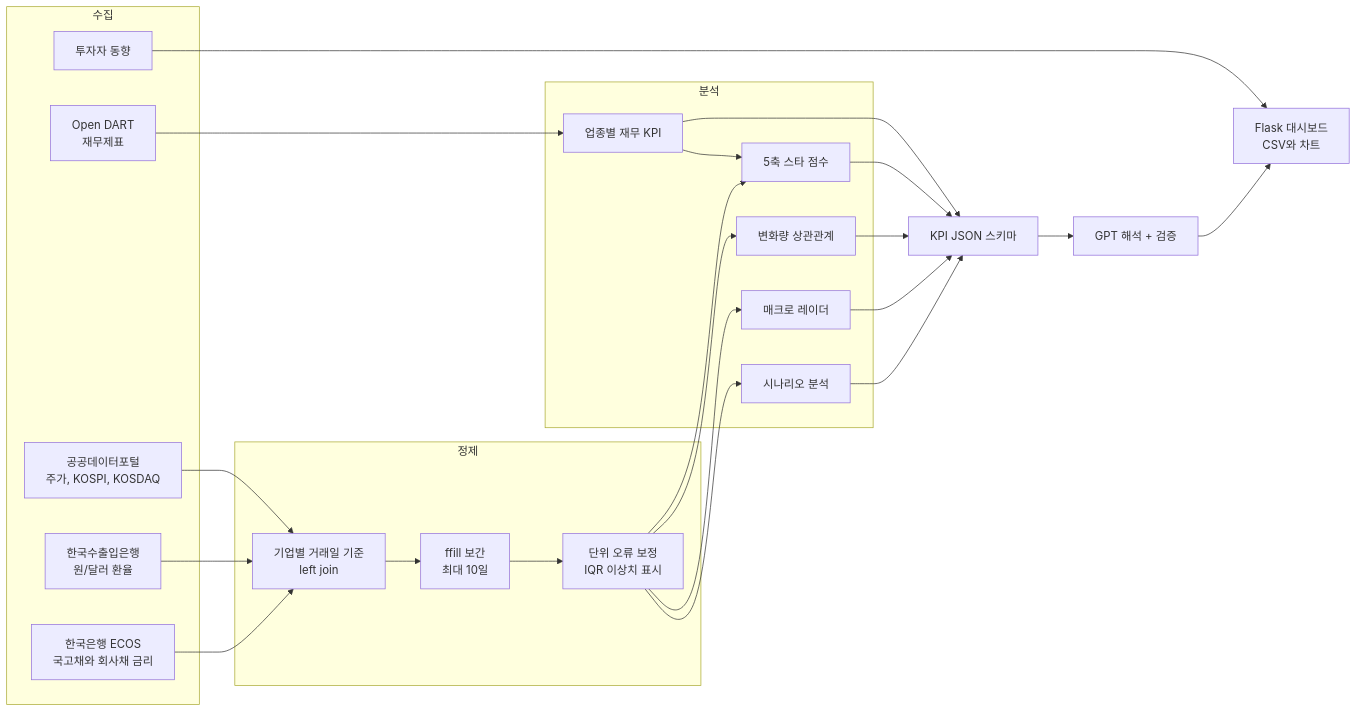
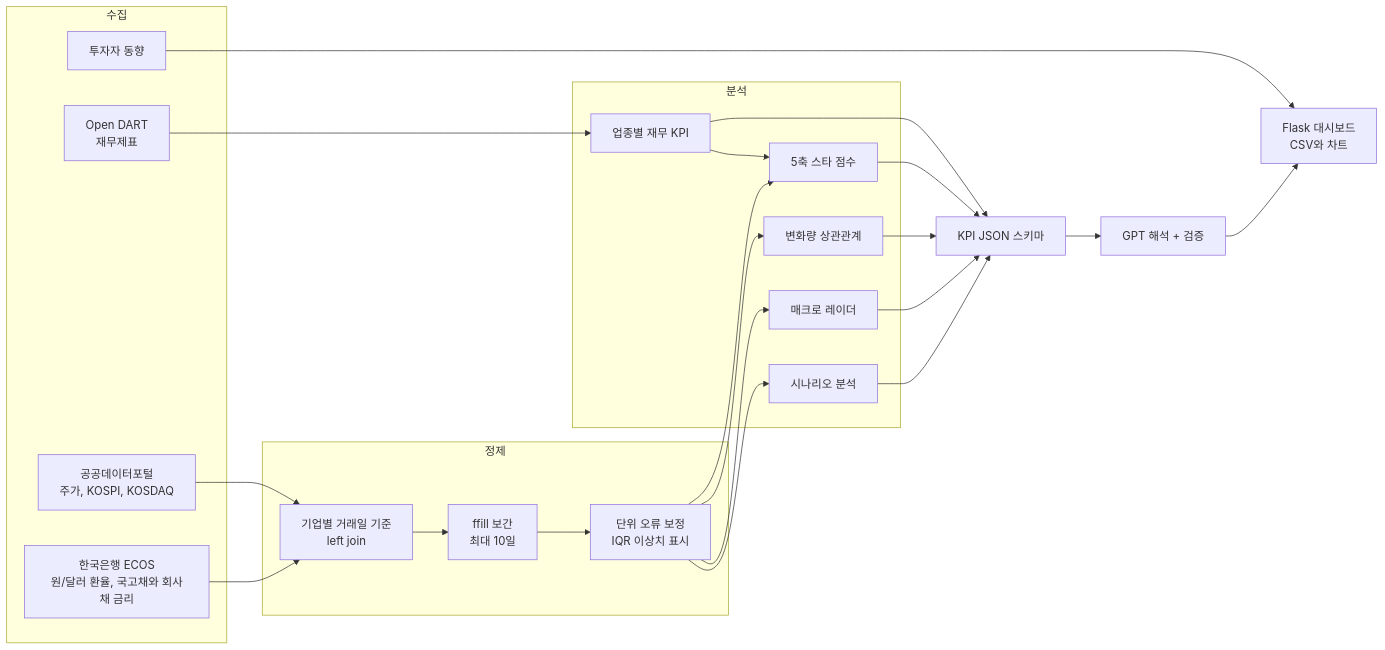
Before and after one commit to David9733/financial_analysis: the diagram in README.md, drawn with Mermaid. The commit also changed other lines of this file and 6 other files, not shown here.

````diff
--- a/README.md
+++ b/README.md
@@ -43,27 +43,26 @@
 ```mermaid
 flowchart LR
     subgraph 수집
         A1[Open DART<br/>재무제표]
         A2[공공데이터포털<br/>주가, KOSPI, KOSDAQ]
-        A3[한국수출입은행<br/>원/달러 환율]
-        A4[한국은행 ECOS<br/>국고채와 회사채 금리]
-        A5[투자자 동향]
+        A3[한국은행 ECOS<br/>원/달러 환율, 국고채와 회사채 금리]
+        A4[투자자 동향]
     end
     subgraph 정제
         B1[기업별 거래일 기준<br/>left join]
         B2[ffill 보간<br/>최대 10일]
         B3[단위 오류 보정<br/>IQR 이상치 표시]
     end
     subgraph 분석
         C1[업종별 재무 KPI]
         C2[5축 스타 점수]
         C3[변화량 상관관계]
         C4[매크로 레이더]
         C5[시나리오 분석]
     end
     A1 --> C1 --> C2
-    A2 & A3 & A4 --> B1 --> B2 --> B3 --> C2 & C3 & C4 & C5
+    A2 & A3 --> B1 --> B2 --> B3 --> C2 & C3 & C4 & C5
     C1 & C2 & C3 & C4 & C5 --> D[KPI JSON 스키마]
-    A5 --> E
+    A4 --> E
     D --> G[GPT 해석 + 검증] --> E[Flask 대시보드<br/>CSV와 차트]
 ```
````
